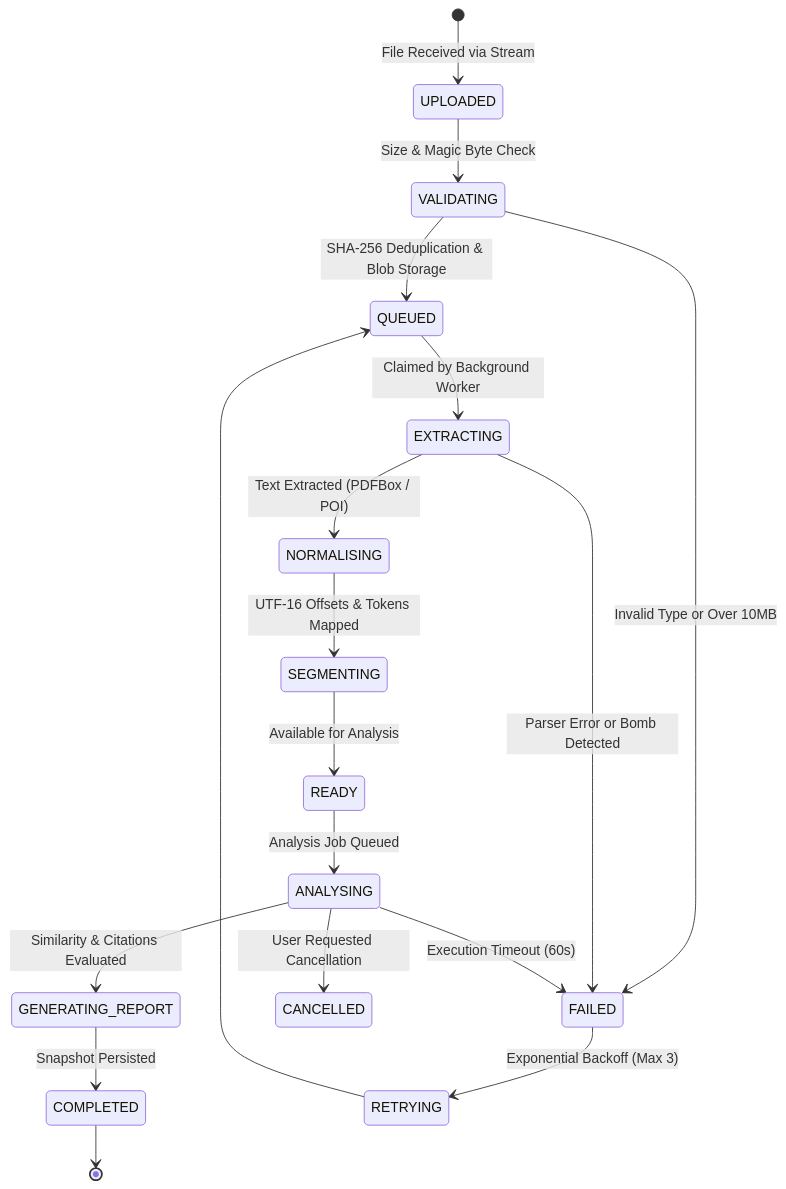
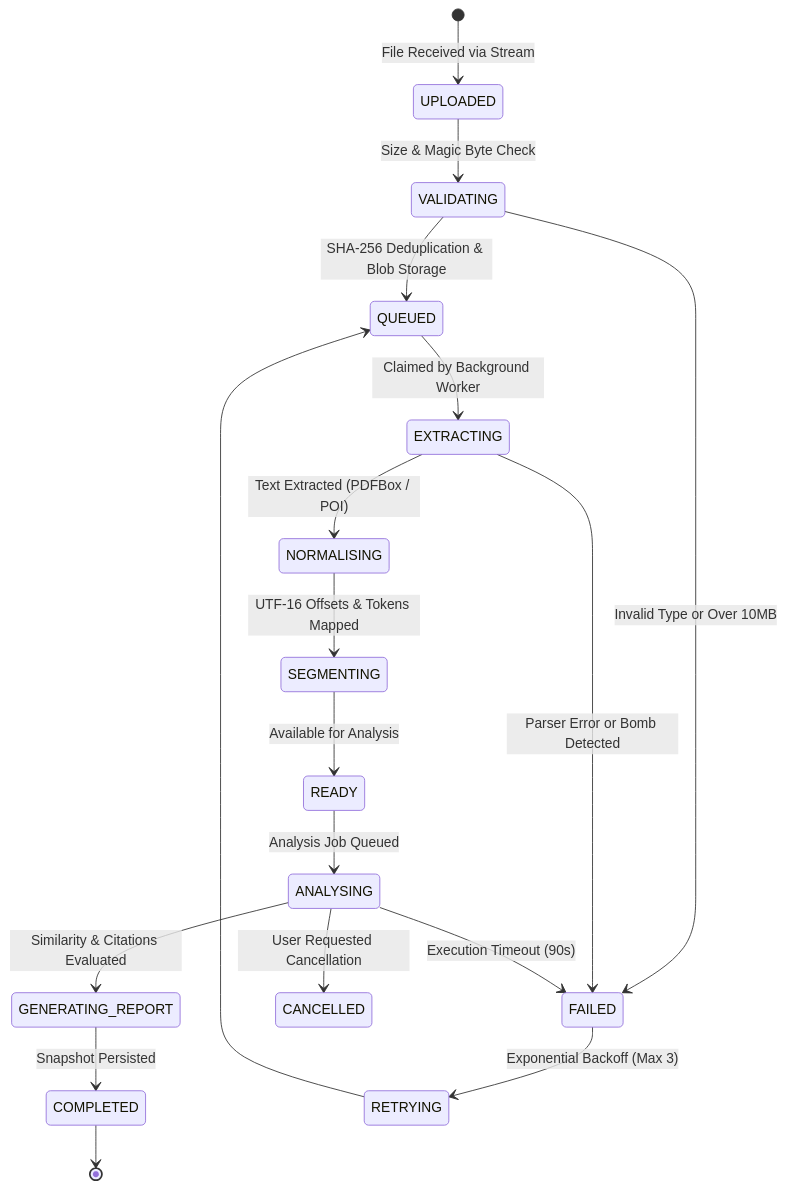
One commit to SadeeshaJayaweera/originality-desk changed the second of 6 diagrams in README.md. Above: the diagram before and after it, drawn with Mermaid. The commit also changed other lines of this file, not shown here.

````diff
--- a/README.md
+++ b/README.md
@@ -125,20 +132,20 @@
 ```mermaid
 stateDiagram-v2
     [*] --> UPLOADED: File Received via Stream
     UPLOADED --> VALIDATING: Size & Magic Byte Check
     VALIDATING --> QUEUED: SHA-256 Deduplication & Blob Storage
     VALIDATING --> FAILED: Invalid Type or Over 10MB
     QUEUED --> EXTRACTING: Claimed by Background Worker
     EXTRACTING --> NORMALISING: Text Extracted (PDFBox / POI)
     EXTRACTING --> FAILED: Parser Error or Bomb Detected
     NORMALISING --> SEGMENTING: UTF-16 Offsets & Tokens Mapped
     SEGMENTING --> READY: Available for Analysis
     READY --> ANALYSING: Analysis Job Queued
     ANALYSING --> GENERATING_REPORT: Similarity & Citations Evaluated
     GENERATING_REPORT --> COMPLETED: Snapshot Persisted
-    ANALYSING --> FAILED: Execution Timeout (60s)
+    ANALYSING --> FAILED: Execution Timeout (90s)
     ANALYSING --> CANCELLED: User Requested Cancellation
     FAILED --> RETRYING: Exponential Backoff (Max 3)
     RETRYING --> QUEUED
     COMPLETED --> [*]
 ```
````
